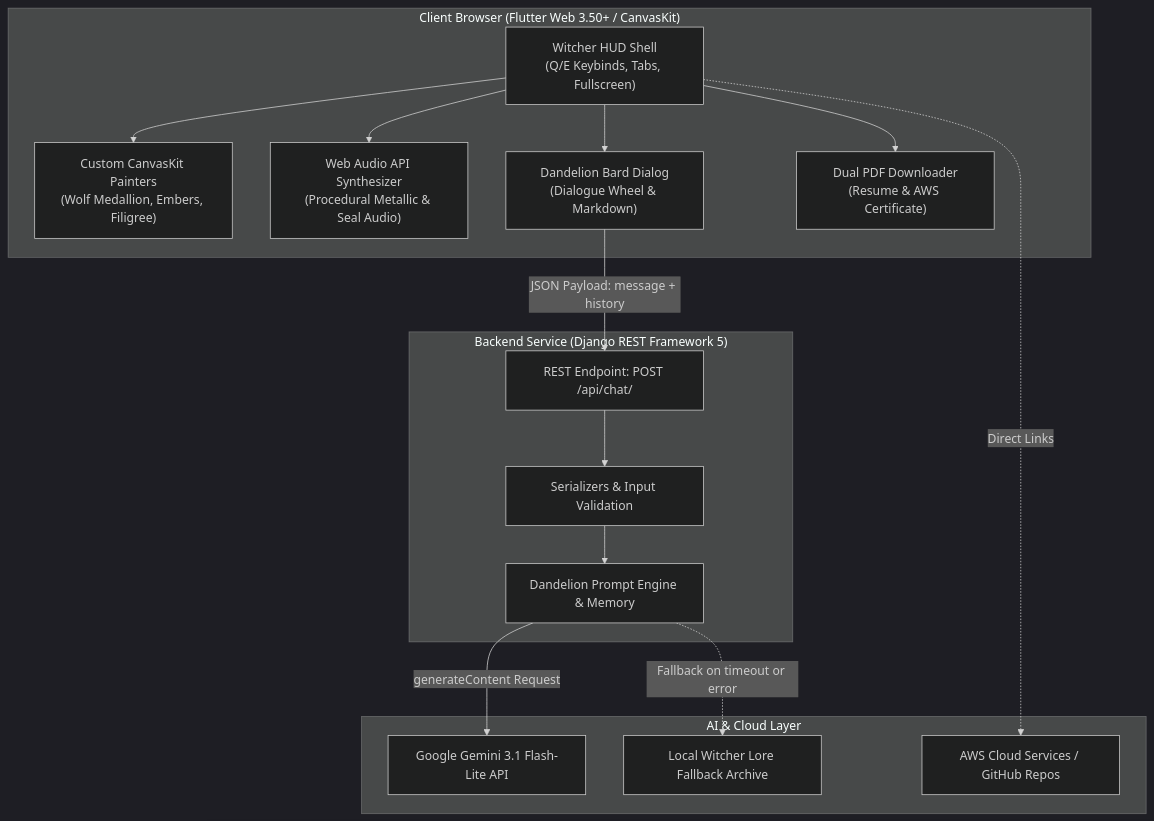
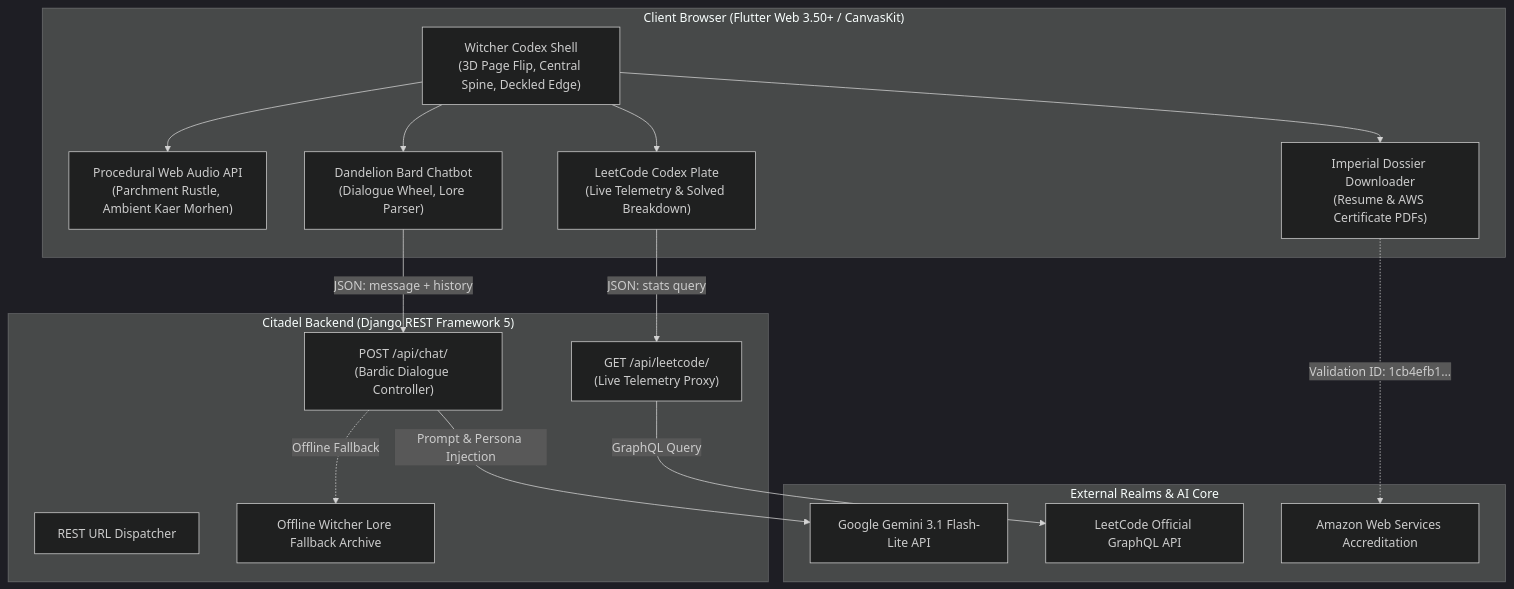
The diagram in README.md (Anshul-3107/Portfolio), drawn with Mermaid (dark theme) before and after one commit. The commit also changed other lines of this file, not shown here.

````diff
--- a/README.md
+++ b/README.md
@@ -58,33 +137,34 @@
 ```mermaid
 flowchart TD
     subgraph Client ["Client Browser (Flutter Web 3.50+ / CanvasKit)"]
-        A["Witcher HUD Shell<br/>(Q/E Keybinds, Tabs, Fullscreen)"]
-        B["Custom CanvasKit Painters<br/>(Wolf Medallion, Embers, Filigree)"]
-        C["Web Audio API Synthesizer<br/>(Procedural Metallic & Seal Audio)"]
-        D["Dandelion Bard Dialog<br/>(Dialogue Wheel & Markdown)"]
-        E["Dual PDF Downloader<br/>(Resume & AWS Certificate)"]
+        UI["Witcher Codex Shell<br/>(3D Page Flip, Central Spine, Deckled Edge)"]
+        AUDIO["Procedural Web Audio API<br/>(Parchment Rustle, Ambient Kaer Morhen)"]
+        LEET["LeetCode Codex Plate<br/>(Live Telemetry & Solved Breakdown)"]
+        DANDELION["Dandelion Bard Chatbot<br/>(Dialogue Wheel, Lore Parser)"]
+        DOSSIER["Imperial Dossier Downloader<br/>(Resume & AWS Certificate PDFs)"]
     end
 
-    subgraph Backend ["Backend Service (Django REST Framework 5)"]
-        F["REST Endpoint: POST /api/chat/"]
-        G["Serializers & Input Validation"]
-        H["Dandelion Prompt Engine & Memory"]
+    subgraph Backend ["Citadel Backend (Django REST Framework 5)"]
+        ROUTER["REST URL Dispatcher"]
+        CHAT_API["POST /api/chat/<br/>(Bardic Dialogue Controller)"]
+        LEET_API["GET /api/leetcode/<br/>(Live Telemetry Proxy)"]
+        LORE["Offline Witcher Lore Fallback Archive"]
     end
 
-    subgraph Intelligence ["AI & Cloud Layer"]
-        I["Google Gemini 3.1 Flash-Lite API"]
-        J["Local Witcher Lore Fallback Archive"]
-        K["AWS Cloud Services / GitHub Repos"]
+    subgraph External ["External Realms & AI Core"]
+        GEMINI["Google Gemini 3.1 Flash-Lite API"]
+        LEET_GRAPHQL["LeetCode Official GraphQL API"]
+        AWS_CERT["Amazon Web Services Accreditation"]
     end
 
-    A --> B
-    A --> C
-    A --> D
-    A --> E
-    D -->|JSON Payload: message + history| F
-    F --> G
-    G --> H
-    H -->|generateContent Request| I
-    H -.->|Fallback on timeout or error| J
-    A -.->|Direct Links| K
+    UI --> AUDIO
+    UI --> LEET
+    UI --> DANDELION
+    UI --> DOSSIER
+    DANDELION -->|JSON: message + history| CHAT_API
+    LEET -->|JSON: stats query| LEET_API
+    CHAT_API -->|Prompt & Persona Injection| GEMINI
+    CHAT_API -.->|Offline Fallback| LORE
+    LEET_API -->|GraphQL Query| LEET_GRAPHQL
+    DOSSIER -.->|Validation ID: 1cb4efb1...| AWS_CERT
 ```
````
